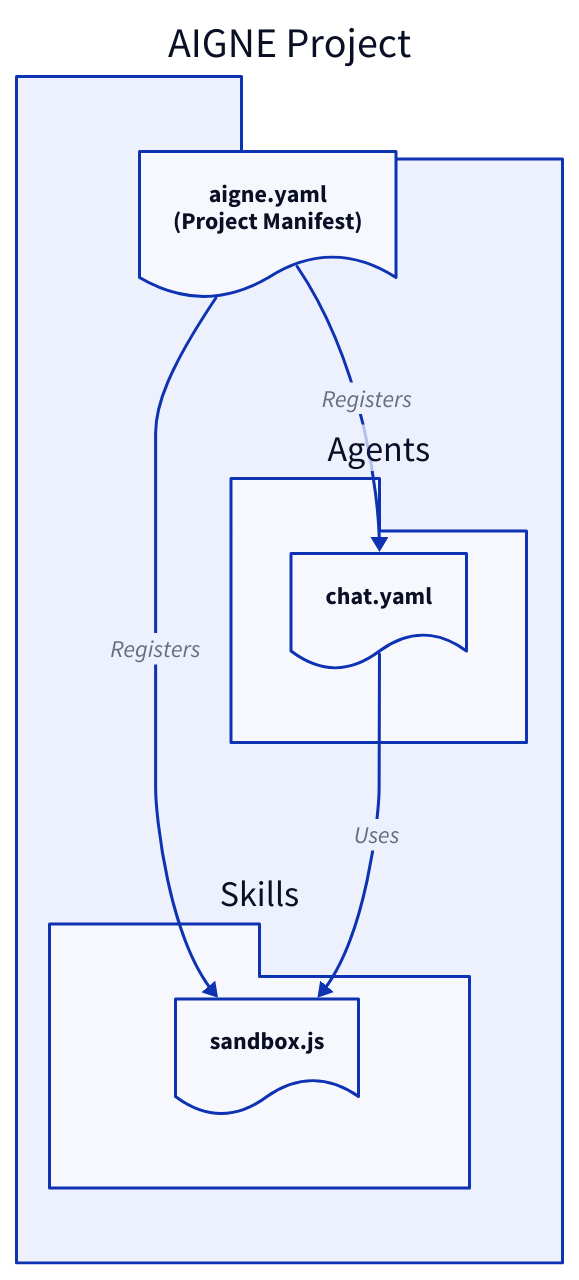
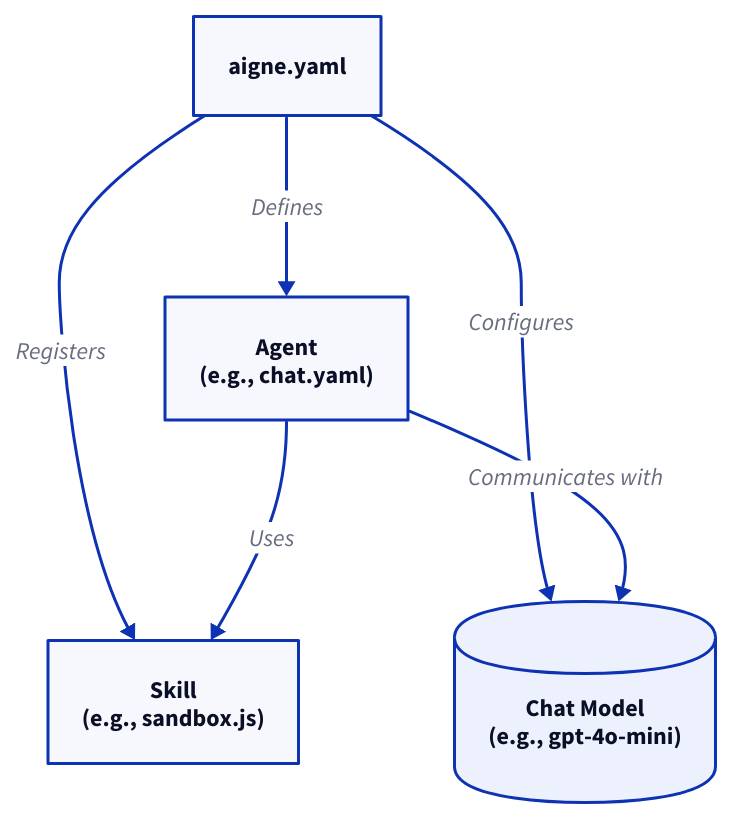
One commit to AIGNE-io/aigne-framework changed the diagram in packages/cli/docs/core-concepts.md. Above: the diagram before and after it, drawn with D2. The commit also changed other lines of this file and 40 other files, not shown here.

````diff
--- a/packages/cli/docs/core-concepts.md
+++ b/packages/cli/docs/core-concepts.md
@@ -9,33 +28,29 @@
 ```d2
 direction: down
 
-AIGNE-Project: {
-  shape: package
-  label: "AIGNE Project"
+aigne-yaml: {
+  label: "aigne.yaml"
+  shape: rectangle
+}
 
-  aigne-yaml: {
-    shape: document
-    label: "aigne.yaml\n(Project Manifest)"
-  }
+agent: {
+  label: "Agent\n(e.g., chat.yaml)"
+  shape: rectangle
+}
 
-  Agents: {
-    shape: package
-    chat-yaml: {
-      shape: document
-      label: "chat.yaml"
-    }
-  }
+skill: {
+  label: "Skill\n(e.g., sandbox.js)"
+  shape: rectangle
+}
 
-  Skills: {
-    shape: package
-    sandbox-js: {
-      shape: document
-      label: "sandbox.js"
-    }
-  }
+chat-model: {
+  label: "Chat Model\n(e.g., gpt-4o-mini)"
+  shape: cylinder
+}
 
-  aigne-yaml -> Agents.chat-yaml: "Registers"
-  aigne-yaml -> Skills.sandbox-js: "Registers"
-  Agents.chat-yaml -> Skills.sandbox-js: "Uses"
-}
+aigne-yaml -> agent: "Defines"
+aigne-yaml -> skill: "Registers"
+aigne-yaml -> chat-model: "Configures"
+agent -> skill: "Uses"
+agent -> chat-model: "Communicates with"
 ```
````
